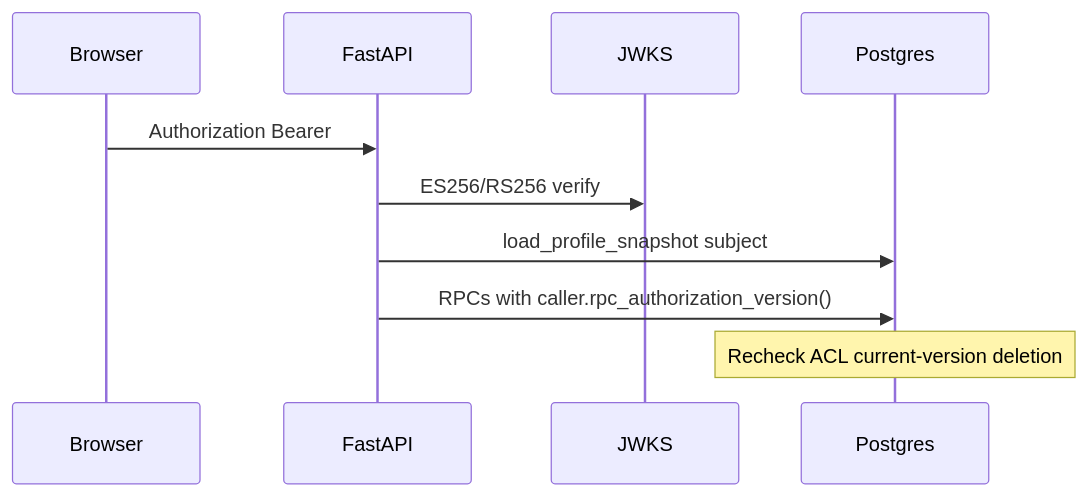
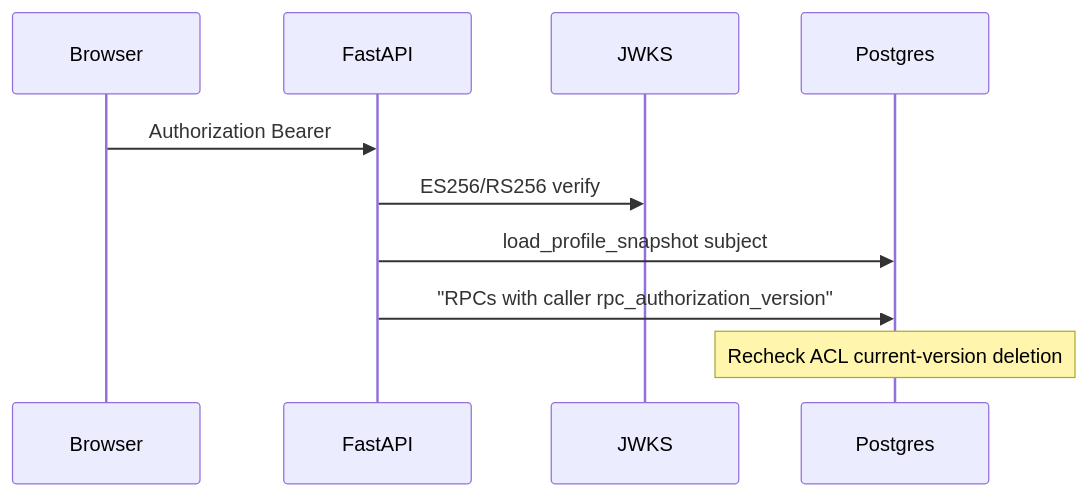
The diagram in docs/reviews/2026-08-19-production-readiness/domain/security.md (Nagdy8888/smart-rag), drawn with Mermaid before and after one commit. The commit also changed 83 other files, not shown here.

````diff
--- a/docs/reviews/2026-08-19-production-readiness/domain/security.md
+++ b/docs/reviews/2026-08-19-production-readiness/domain/security.md
@@ -31,12 +31,12 @@
 ```mermaid
 sequenceDiagram
   participant Browser
   participant FastAPI
   participant JWKS
   participant Postgres
   Browser->>FastAPI: Authorization Bearer
   FastAPI->>JWKS: ES256/RS256 verify
   FastAPI->>Postgres: load_profile_snapshot subject
-  FastAPI->>Postgres: RPCs with caller.rpc_authorization_version()
+  FastAPI->>Postgres: "RPCs with caller rpc_authorization_version"
   Note over Postgres: Recheck ACL current-version deletion
 ```
````
